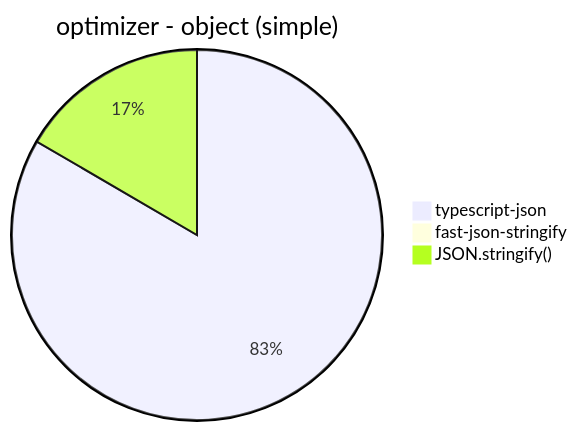
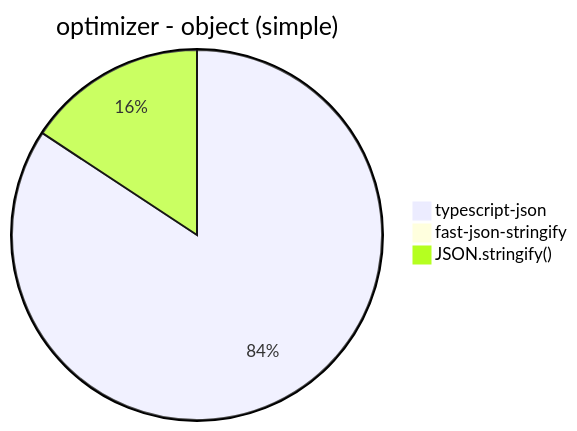
Diagram 15 of 30 in benchmark/results/Intel(R) Core(TM) i7-6700 CPU @ 3.40GHz.md (neklan1205/typescript-json), drawn with Mermaid before and after one commit. The commit also changed other lines of this file, not shown here.

````diff
--- a/benchmark/results/Intel(R) Core(TM) i7-6700 CPU @ 3.40GHz.md
+++ b/benchmark/results/Intel(R) Core(TM) i7-6700 CPU @ 3.40GHz.md
@@ -158,6 +158,6 @@
 ```mermaid
 pie title optimizer - object (simple)
-  "typescript-json": 28170.673952641166
-  "fast-json-stringify": 4.578270822327874
-  "JSON.stringify()": 5604.814253222138
+  "typescript-json": 28893.632819751256
+  "fast-json-stringify": 4.758418740849194
+  "JSON.stringify()": 5391.2885662431945
 ```
````
